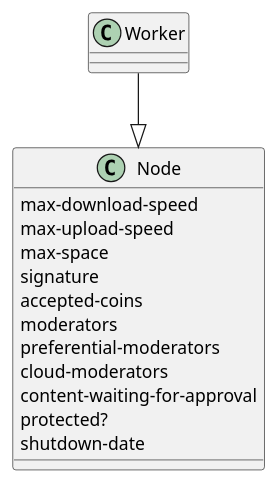
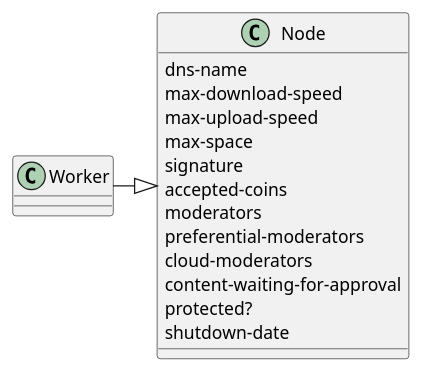
The second of 5 diagrams in bitcloud.org (wetube/bitcloud), drawn with PlantUML before and after one commit. The commit also changed other lines of this file and 5 other files, not shown here.

```diff
--- a/bitcloud.org
+++ b/bitcloud.org
@@ -146,16 +152,17 @@
 #+BEGIN_SRC plantuml :file "img/node-class.png"
 class Node {
-     max-download-speed
-      max-upload-speed
-      max-space
-      signature
-      accepted-coins
-      moderators
-      preferential-moderators
-      cloud-moderators
-      content-waiting-for-approval
-      protected?
-      shutdown-date
+ dns-name    
+ max-download-speed
+ max-upload-speed
+ max-space
+ signature
+ accepted-coins
+ moderators
+ preferential-moderators
+ cloud-moderators
+ content-waiting-for-approval
+ protected?
+ shutdown-date
 }
-Worker --|> Node
+Worker -right-|> Node
 #+END_SRC
```
